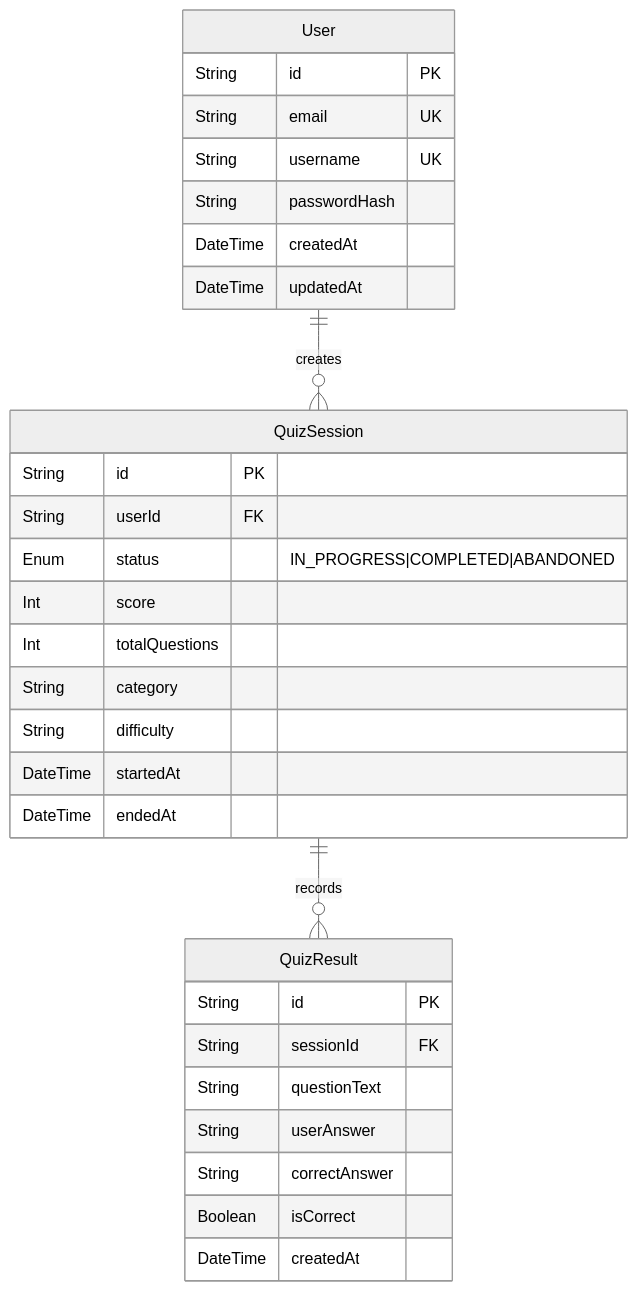
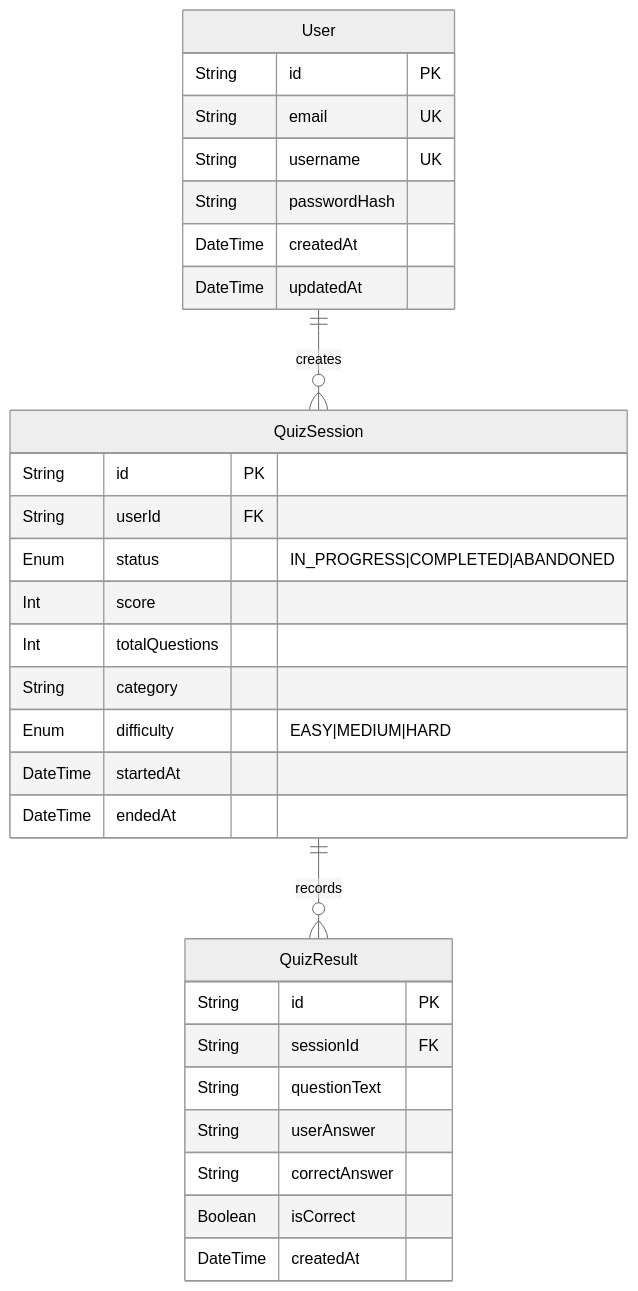
Before and after one commit to gmalanowski/Trivia-Game: the diagram in docs/database_schema.md, drawn with Mermaid (neutral theme). The commit also changed other lines of this file and 1 other file, not shown here.

````diff
--- a/docs/database_schema.md
+++ b/docs/database_schema.md
@@ -60,36 +61,36 @@
 ```mermaid
 erDiagram
     User ||--o{ QuizSession : "creates"
     QuizSession ||--o{ QuizResult : "records"
 
     User {
         String id PK
         String email UK
         String username UK
         String passwordHash
         DateTime createdAt
         DateTime updatedAt
     }
 
     QuizSession {
         String id PK
         String userId FK
         Enum status "IN_PROGRESS|COMPLETED|ABANDONED"
         Int score
         Int totalQuestions
         String category
-        String difficulty
+        Enum difficulty "EASY|MEDIUM|HARD"
         DateTime startedAt
         DateTime endedAt
     }
 
     QuizResult {
         String id PK
         String sessionId FK
         String questionText
         String userAnswer
         String correctAnswer
         Boolean isCorrect
         DateTime createdAt
     }
 ```
````
